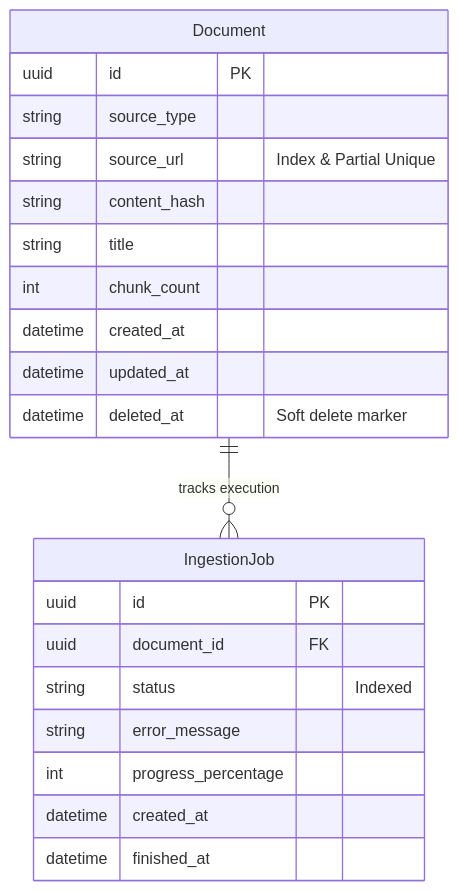
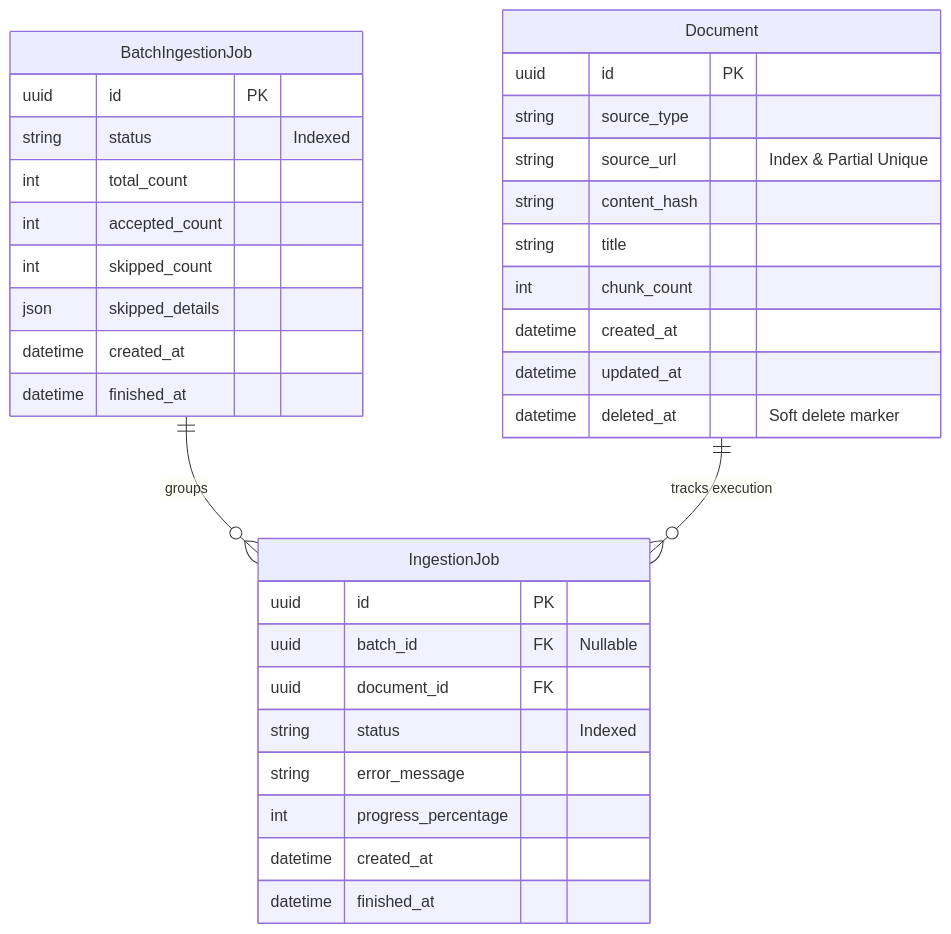
The first of 3 diagrams in README.md (duracellrabbid/librarian-pipeline), drawn with Mermaid before and after one commit. The commit also changed other lines of this file and 22 other files, not shown here.

Commit message:
Batch ingestion for document endpoint

````diff
--- a/README.md
+++ b/README.md
@@ -62,24 +63,36 @@
 ```mermaid
 erDiagram
+    BatchIngestionJob ||--o{ IngestionJob : "groups"
     Document ||--o{ IngestionJob : "tracks execution"
+    BatchIngestionJob {
+        uuid id PK
+        string status "Indexed"
+        int total_count
+        int accepted_count
+        int skipped_count
+        json skipped_details
+        datetime created_at
+        datetime finished_at
+    }
     Document {
         uuid id PK
         string source_type
         string source_url "Index & Partial Unique"
         string content_hash
         string title
         int chunk_count
         datetime created_at
         datetime updated_at
         datetime deleted_at "Soft delete marker"
     }
     IngestionJob {
         uuid id PK
+        uuid batch_id FK "Nullable"
         uuid document_id FK
         string status "Indexed"
         string error_message
         int progress_percentage
         datetime created_at
         datetime finished_at
     }
 ```
````
